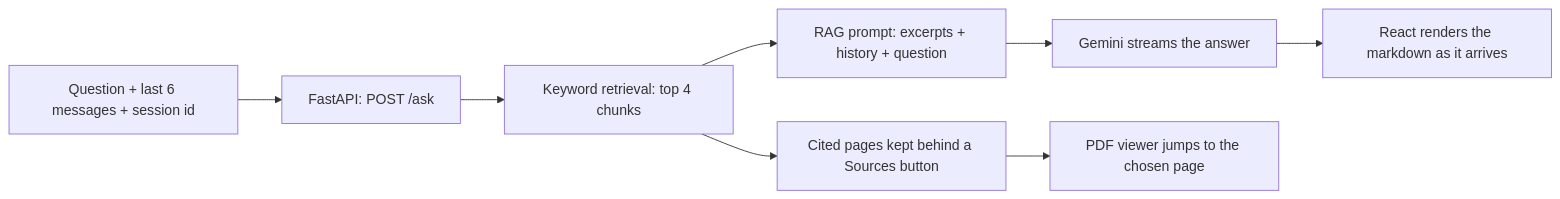
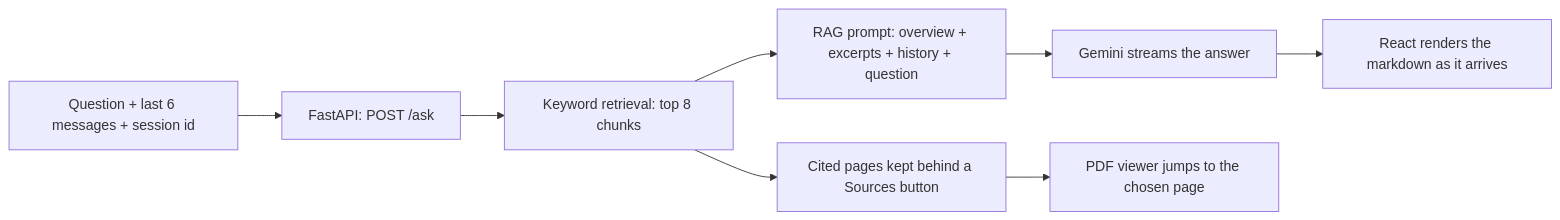
Before and after one commit to Isla19/pdf-research-assistant: the second of 2 diagrams in README.md, drawn with Mermaid. The commit also changed other lines of this file and 1 other file, not shown here.

Commit message:
Improve chat answers with a document overview and more excerpts

````diff
--- a/README.md
+++ b/README.md
@@ -40,10 +40,10 @@
 ```mermaid
 flowchart LR
     A["Question + last 6 messages + session id"] --> B["FastAPI: POST /ask"]
-    B --> C["Keyword retrieval: top 4 chunks"]
-    C --> D["RAG prompt: excerpts + history + question"]
+    B --> C["Keyword retrieval: top 8 chunks"]
+    C --> D["RAG prompt: overview + excerpts + history + question"]
     D --> E["Gemini streams the answer"]
     E --> F["React renders the markdown as it arrives"]
     C --> G["Cited pages kept behind a Sources button"]
     G --> H["PDF viewer jumps to the chosen page"]
 ```
````
